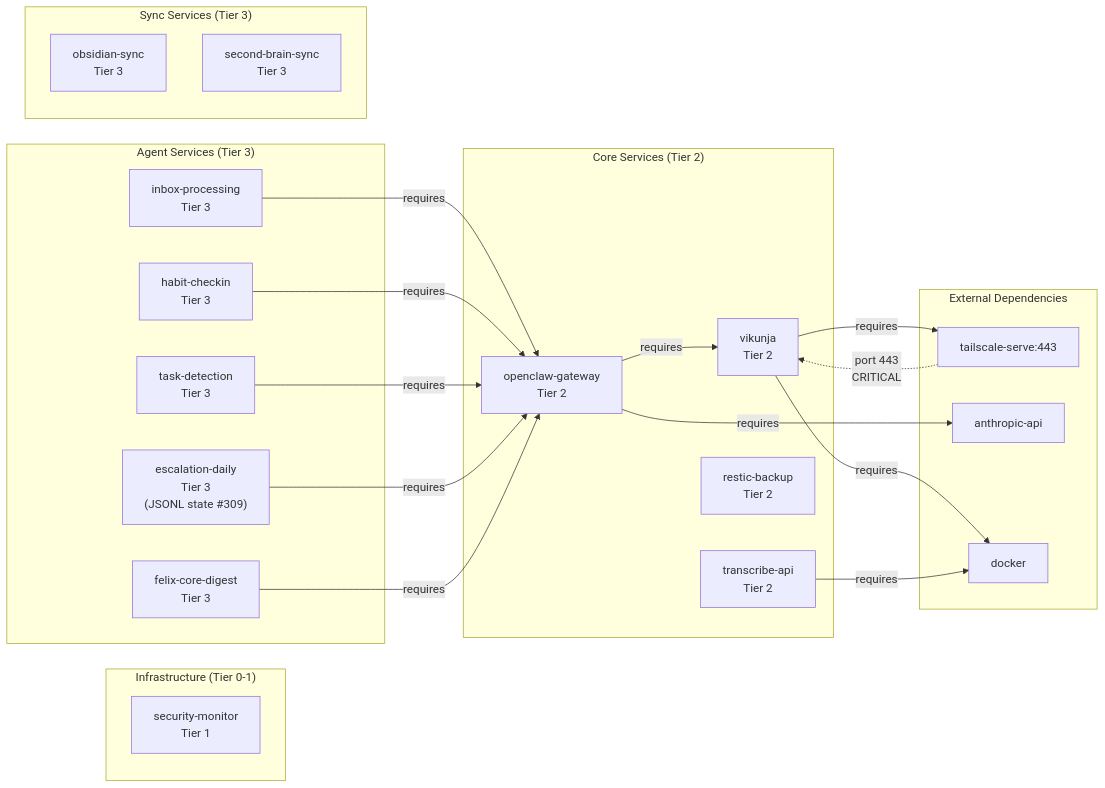
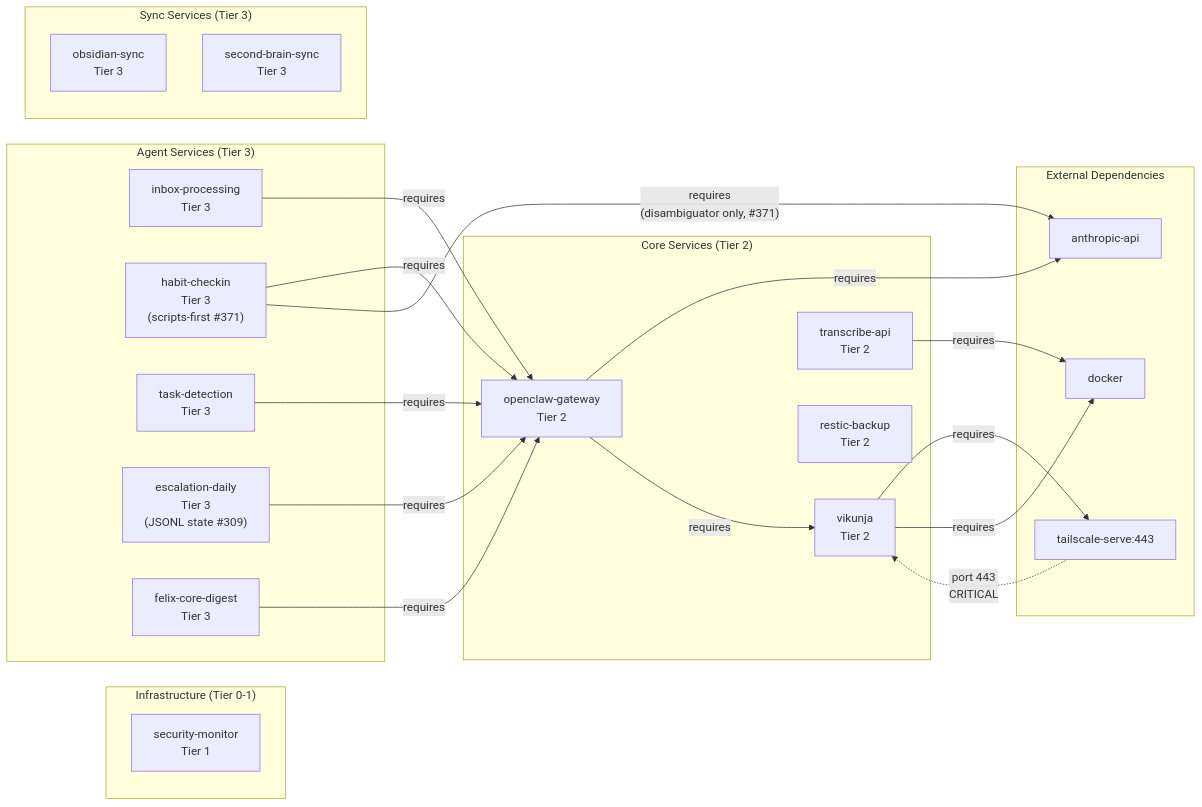
Before and after one commit to kentonium3/kg-automation: the diagram in docs/design/architecture/service-dependencies.view.md, drawn with Mermaid. The commit also changed other lines of this file and 17 other files, not shown here.

Commit message:
feat(kitty/mission-habits-checkin-reply-scripts-first-01KS86ZQ): squash merge of mission

````diff
--- a/docs/design/architecture/service-dependencies.view.md
+++ b/docs/design/architecture/service-dependencies.view.md
@@ -23,47 +31,48 @@
 ```mermaid
 graph LR
     subgraph Infrastructure["Infrastructure (Tier 0-1)"]
         security-monitor["security-monitor<br/>Tier 1"]
     end
 
     subgraph Core["Core Services (Tier 2)"]
         vikunja["vikunja<br/>Tier 2"]
         openclaw["openclaw-gateway<br/>Tier 2"]
         transcribe["transcribe-api<br/>Tier 2"]
         restic["restic-backup<br/>Tier 2"]
     end
 
     subgraph Agents["Agent Services (Tier 3)"]
         inbox["inbox-processing<br/>Tier 3"]
-        habits["habit-checkin<br/>Tier 3"]
+        habits["habit-checkin<br/>Tier 3<br/>(scripts-first #371)"]
         taskdet["task-detection<br/>Tier 3"]
         escalation["escalation-daily<br/>Tier 3<br/>(JSONL state #309)"]
         digest["felix-core-digest<br/>Tier 3"]
     end
 
     subgraph Sync["Sync Services (Tier 3)"]
         obsidian["obsidian-sync<br/>Tier 3"]
         secondbrain["second-brain-sync<br/>Tier 3"]
     end
 
     subgraph External["External Dependencies"]
         tailscale["tailscale-serve:443"]
         anthropic["anthropic-api"]
         docker["docker"]
     end
 
     vikunja -->|"requires"| tailscale
     vikunja -->|"requires"| docker
     tailscale -.->|"port 443<br/>CRITICAL"| vikunja
 
     openclaw -->|"requires"| anthropic
     openclaw -->|"requires"| vikunja
 
     transcribe -->|"requires"| docker
 
     inbox -->|"requires"| openclaw
     habits -->|"requires"| openclaw
+    habits -->|"requires<br/>(disambiguator only, #371)"| anthropic
     taskdet -->|"requires"| openclaw
     escalation -->|"requires"| openclaw
     digest -->|"requires"| openclaw
 ```
````
